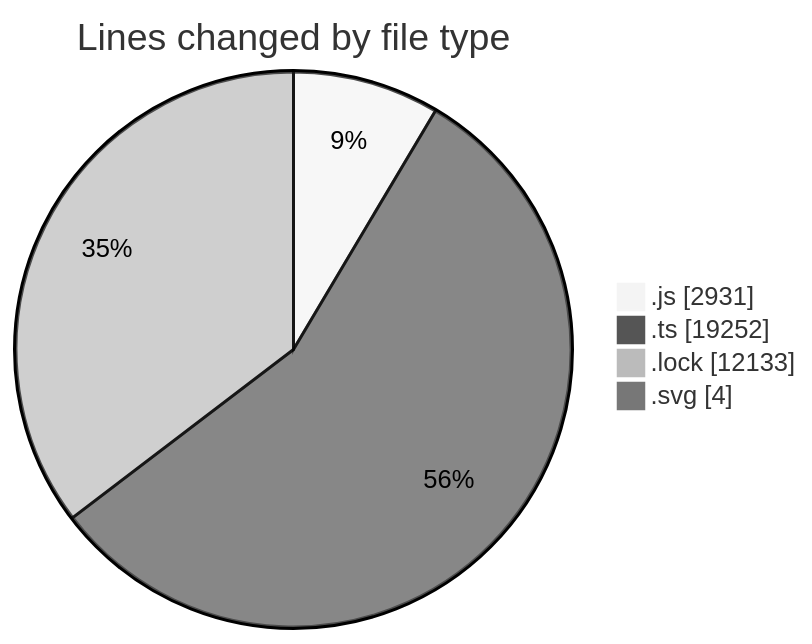
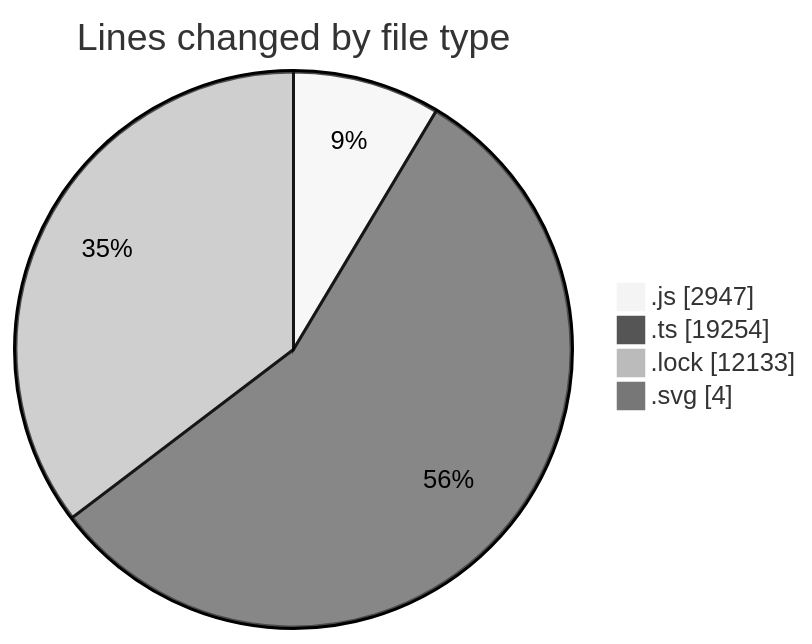
The first of 2 diagrams in 2025-08-12/cda/README.md (momahboobian/code-tracking), drawn with Mermaid (neutral theme) before and after one commit. The commit also changed other lines of this file and 1 other file, not shown here.

````diff
--- a/2025-08-12/cda/README.md
+++ b/2025-08-12/cda/README.md
@@ -42,8 +42,8 @@
 ```mermaid
 pie showData
 title Lines changed by file type
-".js" : 2931
-".ts" : 19252
+".js" : 2947
+".ts" : 19254
 ".lock" : 12133
 ".svg" : 4
 ```
````
